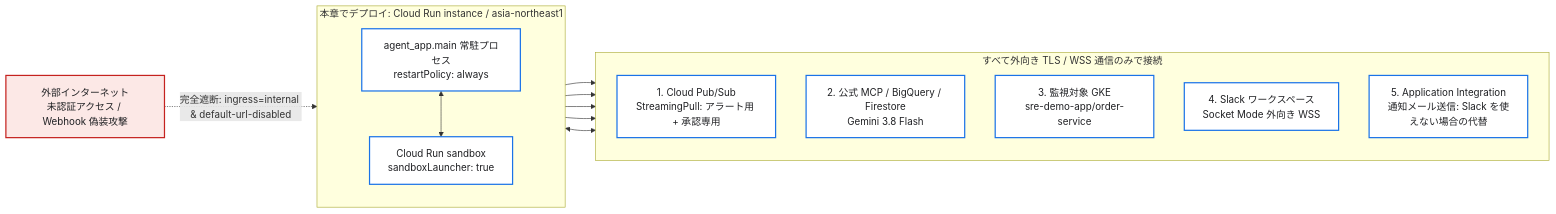
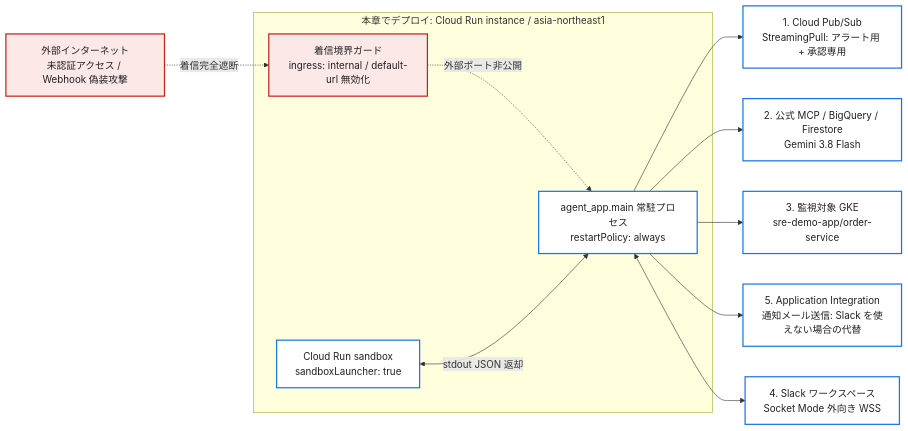
The first of 5 diagrams in docs/05-deploy-cloud-run-instance-and-drills.md (tyorikan/agentic-sre-handson), drawn with Mermaid before and after one commit. The commit also changed 1 other file, not shown here.

Commit message:
fix(docs): restore clean LR fan-out topology in 05-01 closed network diagram

````diff
--- a/docs/05-deploy-cloud-run-instance-and-drills.md
+++ b/docs/05-deploy-cloud-run-instance-and-drills.md
@@ -17,26 +17,27 @@
 ```mermaid
 flowchart LR
-    Internet["外部インターネット<br/>未認証アクセス / Webhook 偽装攻撃"] -.->|"完全遮断: ingress=internal & default-url-disabled"| Daemon
+    Internet["外部インターネット<br/>未認証アクセス / Webhook 偽装攻撃"]
 
     subgraph Instance["本章でデプロイ: Cloud Run instance / asia-northeast1"]
-        direction TB
-        Daemon["agent_app.main 常駐プロセス<br/>restartPolicy: always"] <--> SubSB["Cloud Run sandbox<br/>sandboxLauncher: true"]
+        Guard["着信境界ガード<br/>ingress: internal / default-url 無効化"]
+        SubSB["Cloud Run sandbox<br/>sandboxLauncher: true"]
+        Daemon["agent_app.main 常駐プロセス<br/>restartPolicy: always"]
     end
 
-    subgraph Outbound["すべて外向き TLS / WSS 通信のみで接続"]
-        direction TB
-        PS["1. Cloud Pub/Sub<br/>StreamingPull: アラート用 + 承認専用"]
-        GCP["2. 公式 MCP / BigQuery / Firestore<br/>Gemini 3.8 Flash"]
-        GKE["3. 監視対象 GKE<br/>sre-demo-app/order-service"]
-        Slack["4. Slack ワークスペース<br/>Socket Mode 外向き WSS"]
-        Mail["5. Application Integration<br/>通知メール送信: Slack を使えない場合の代替"]
-    end
+    PS["1. Cloud Pub/Sub<br/>StreamingPull: アラート用 + 承認専用"]
+    GCP["2. 公式 MCP / BigQuery / Firestore<br/>Gemini 3.8 Flash"]
+    GKE["3. 監視対象 GKE<br/>sre-demo-app/order-service"]
+    Slack["4. Slack ワークスペース<br/>Socket Mode 外向き WSS"]
+    Mail["5. Application Integration<br/>通知メール送信: Slack を使えない場合の代替"]
 
+    Internet -.->|"着信完全遮断"| Guard
+    Guard -.->|"外部ポート非公開"| Daemon
+    SubSB <-->|"stdout JSON 返却"| Daemon
     Daemon --> PS & GCP & GKE & Mail
     Daemon <--> Slack
 
     classDef block fill:#fce8e6,stroke:#c5221f,stroke-width:2px,color:#202124;
     classDef core fill:#ffffff,stroke:#1a73e8,stroke-width:2px,color:#202124;
-    class Internet block;
+    class Internet,Guard block;
     class SubSB,Daemon,PS,GCP,GKE,Slack,Mail core;
 ```
````
